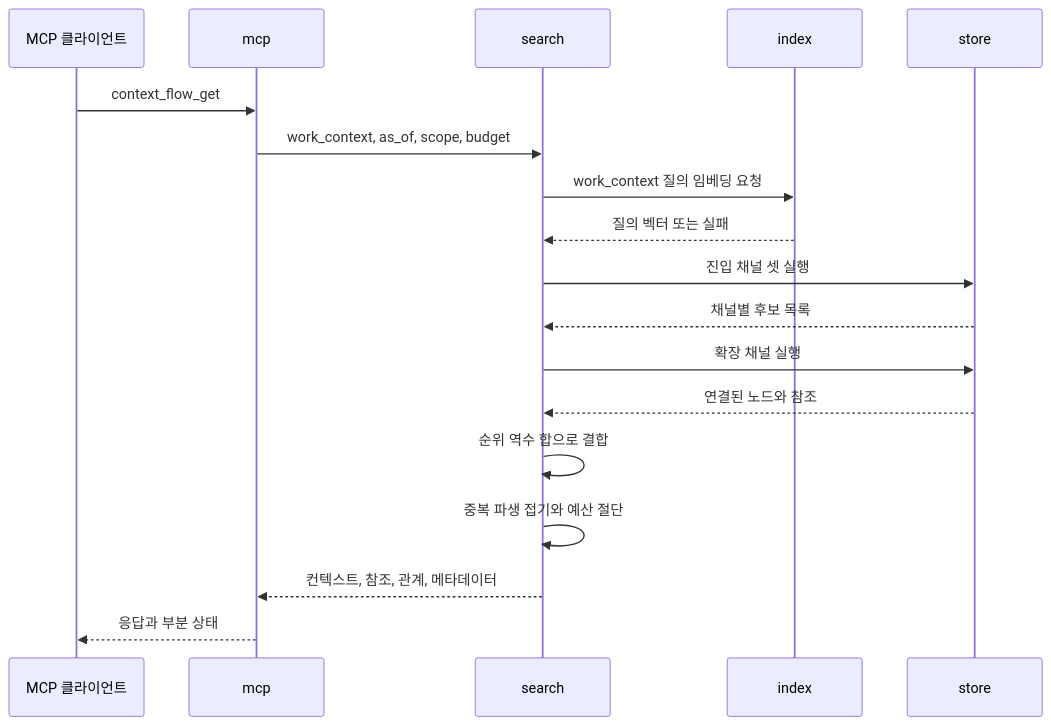
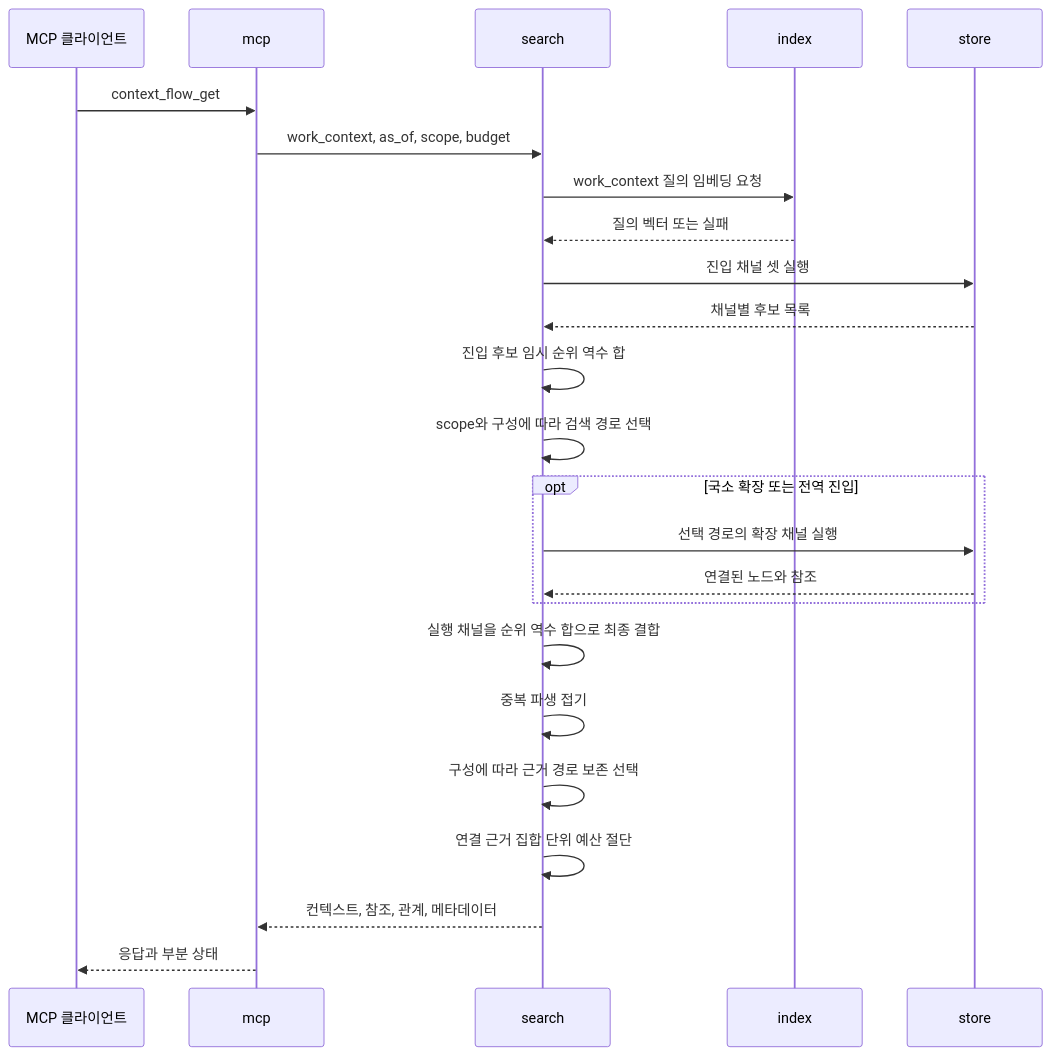
Before and after one commit to Alpha-gone/agent-context-sharing: the fifth of 9 diagrams in spec/service/agent-context/SDD.md, drawn with Mermaid. The commit also changed other lines of this file and 7 other files, not shown here.

````diff
--- a/spec/service/agent-context/SDD.md
+++ b/spec/service/agent-context/SDD.md
@@ -606,21 +650,27 @@
 ```mermaid
 sequenceDiagram
     participant Client as MCP 클라이언트
     participant Mcp as mcp
     participant Search as search
     participant Index as index
     participant Store as store
 
     Client->>Mcp: context_flow_get
     Mcp->>Search: work_context, as_of, scope, budget
     Search->>Index: work_context 질의 임베딩 요청
     Index-->>Search: 질의 벡터 또는 실패
     Search->>Store: 진입 채널 셋 실행
     Store-->>Search: 채널별 후보 목록
-    Search->>Store: 확장 채널 실행
-    Store-->>Search: 연결된 노드와 참조
-    Search->>Search: 순위 역수 합으로 결합
-    Search->>Search: 중복 파생 접기와 예산 절단
+    Search->>Search: 진입 후보 임시 순위 역수 합
+    Search->>Search: scope와 구성에 따라 검색 경로 선택
+    opt 국소 확장 또는 전역 진입
+        Search->>Store: 선택 경로의 확장 채널 실행
+        Store-->>Search: 연결된 노드와 참조
+    end
+    Search->>Search: 실행 채널을 순위 역수 합으로 최종 결합
+    Search->>Search: 중복 파생 접기
+    Search->>Search: 구성에 따라 근거 경로 보존 선택
+    Search->>Search: 연결 근거 집합 단위 예산 절단
     Search-->>Mcp: 컨텍스트, 참조, 관계, 메타데이터
     Mcp-->>Client: 응답과 부분 상태
 ```
````
